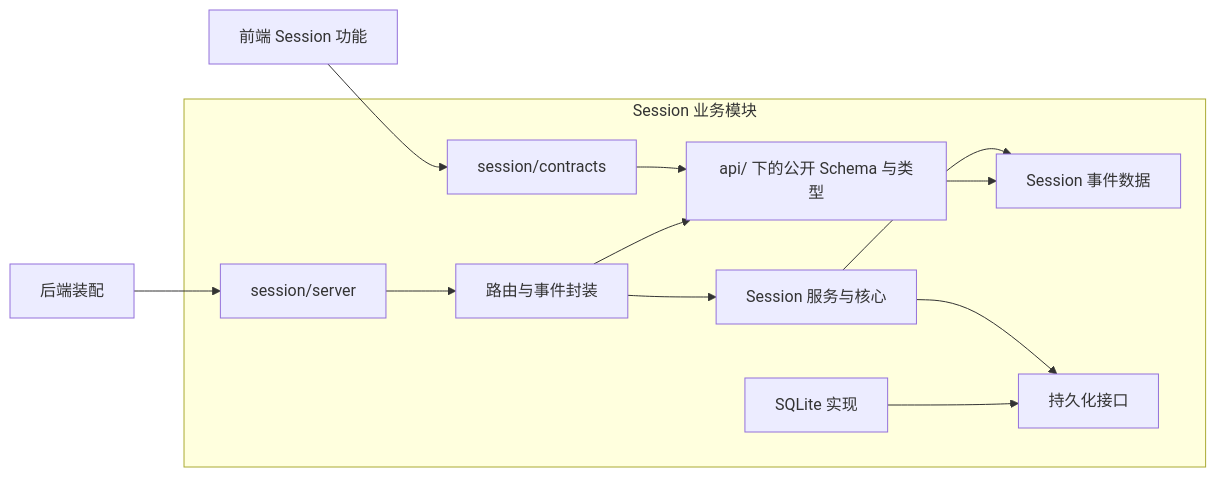
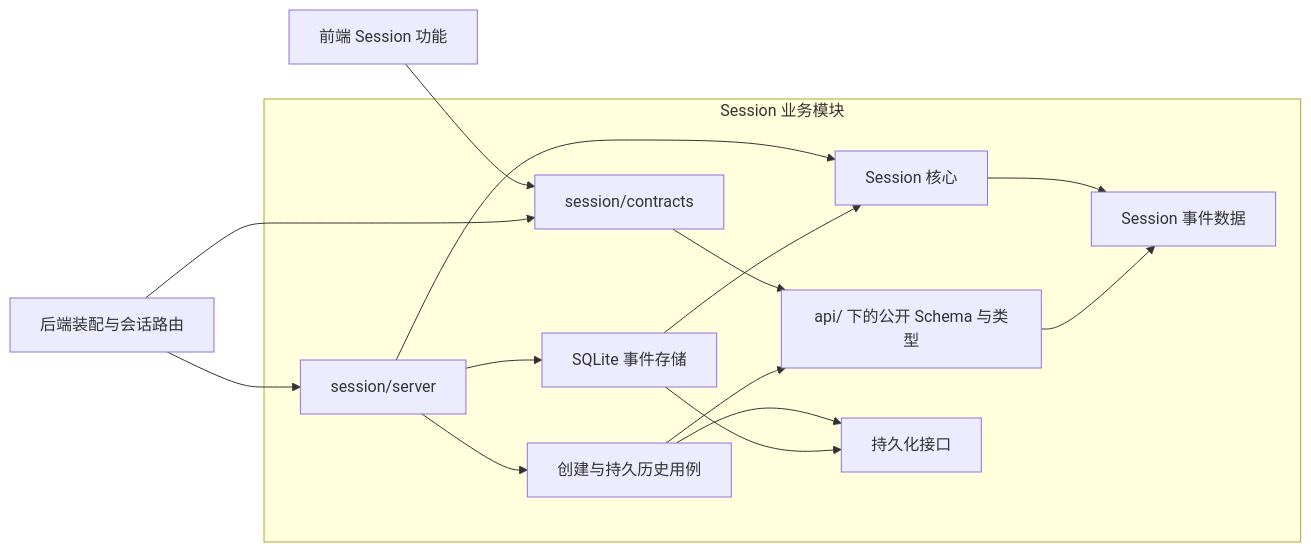
One commit to calwd0mn/MHarness changed the diagram in openspec/changes/agent-harness-prototype/design.md. Above: the diagram before and after it, drawn with Mermaid. The commit also changed other lines of this file and 37 other files, not shown here.

First line of the commit message:
feat(session): 完成会话模块边界与 SQLite 持久化

````diff
--- a/openspec/changes/agent-harness-prototype/design.md
+++ b/openspec/changes/agent-harness-prototype/design.md
@@ -73,16 +73,19 @@
 ```mermaid
 flowchart LR
     WEB["前端 Session 功能"] --> CONTRACT["session/contracts"]
-    APP["后端装配"] --> SERVER["session/server"]
+    APP["后端装配与会话路由"] --> SERVER["session/server"]
+    APP --> CONTRACT
 
     subgraph SESSION["Session 业务模块"]
         CONTRACT --> DATA["api/ 下的公开 Schema 与类型"]
-        SERVER --> ROUTES["路由与事件封装"]
-        ROUTES --> DATA
-        ROUTES --> SERVICE["Session 服务与核心"]
-        SERVICE --> EVENTS["Session 事件数据"]
+        SERVER --> SERVICE["创建与持久历史用例"]
+        SERVER --> CORE["Session 核心"]
+        SERVER --> SQLITE["SQLite 事件存储"]
+        SERVICE --> DATA
+        CORE --> EVENTS["Session 事件数据"]
         DATA --> EVENTS
         SERVICE --> PORT["持久化接口"]
-        SQLITE["SQLite 实现"] --> PORT
+        SQLITE --> PORT
+        SQLITE --> CORE
     end
 ```
````
